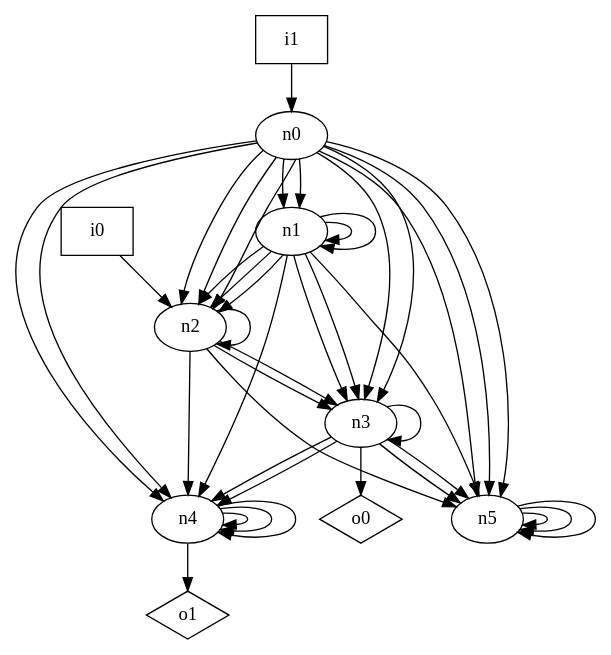
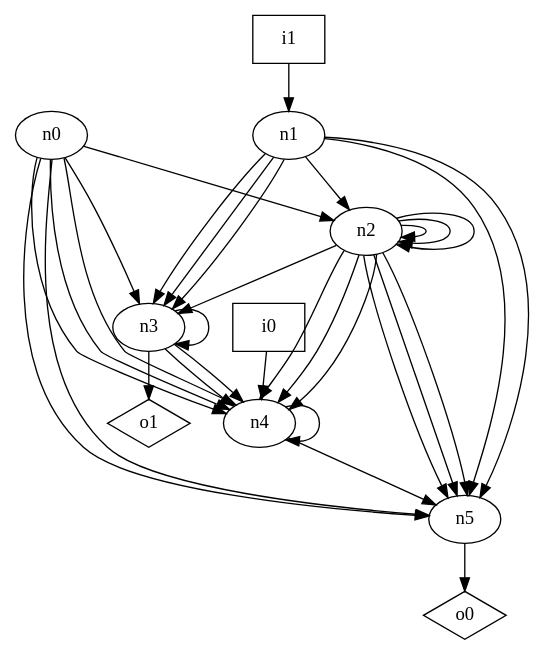
Before and after one commit to p9romain/bool-circuits: the diagram in dot_files/random/random_DAG_graph.dot, drawn with Graphviz. The commit also changed 31 other files, not shown here.

```diff
--- a/dot_files/random/random_DAG_graph.dot
+++ b/dot_files/random/random_DAG_graph.dot
@@ -1,53 +1,44 @@
 digraph G {
 n0 [label="n0"];
 n1 [label="n1"];
 n2 [label="n2"];
 n3 [label="n3"];
 n4 [label="n4"];
 n5 [label="n5"];
 n6 [label="i0",shape="box"];
 n7 [label="i1",shape="box"];
 n8 [label="o0",shape="diamond"];
 n9 [label="o1",shape="diamond"];
-n0 -> n1
-n0 -> n1
-n0 -> n2
-n0 -> n2
 n0 -> n2
 n0 -> n3
-n0 -> n3
+n0 -> n4
 n0 -> n4
 n0 -> n4
 n0 -> n5
 n0 -> n5
-n0 -> n5
-n1 -> n1
-n1 -> n1
-n1 -> n2
-n1 -> n2
 n1 -> n2
 n1 -> n3
 n1 -> n3
-n1 -> n4
+n1 -> n3
+n1 -> n5
 n1 -> n5
 n2 -> n2
-n2 -> n3
+n2 -> n2
+n2 -> n2
 n2 -> n3
 n2 -> n4
+n2 -> n4
+n2 -> n4
+n2 -> n5
+n2 -> n5
 n2 -> n5
 n3 -> n3
 n3 -> n4
 n3 -> n4
-n3 -> n5
-n3 -> n5
-n3 -> n8
+n3 -> n9
 n4 -> n4
-n4 -> n4
-n4 -> n4
-n4 -> n9
-n5 -> n5
-n5 -> n5
-n5 -> n5
-n6 -> n2
-n7 -> n0
+n4 -> n5
+n5 -> n8
+n6 -> n4
+n7 -> n1
 }
```
